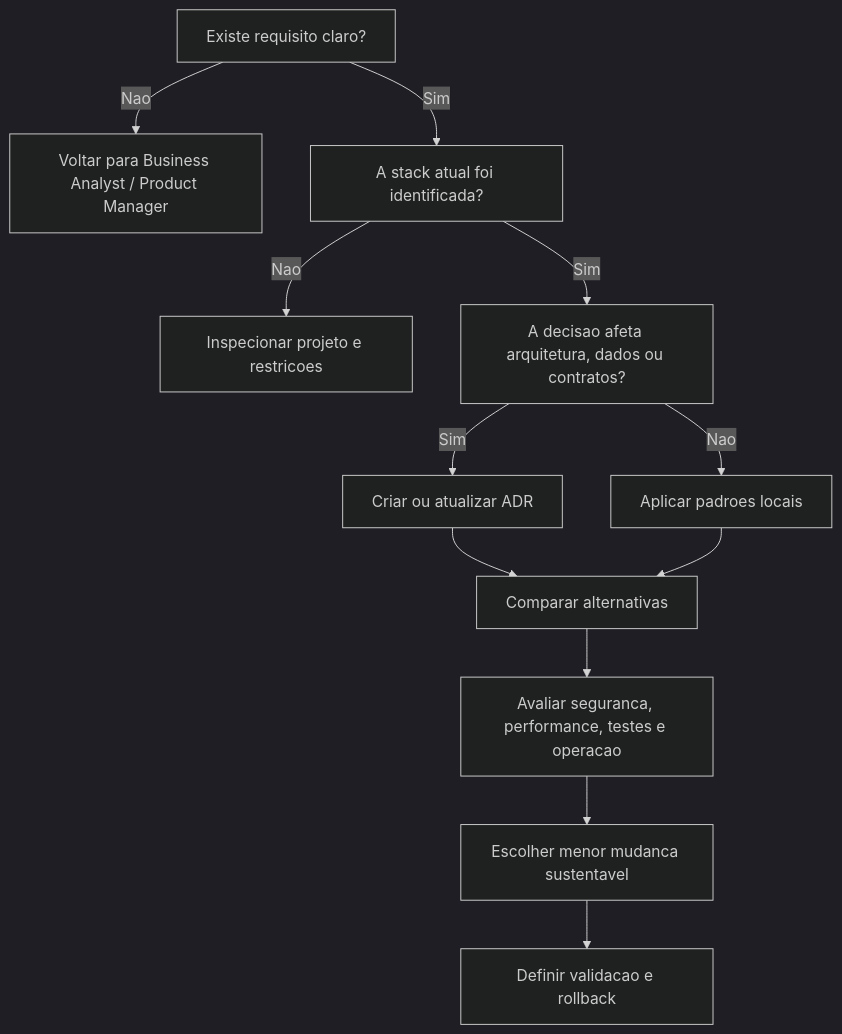
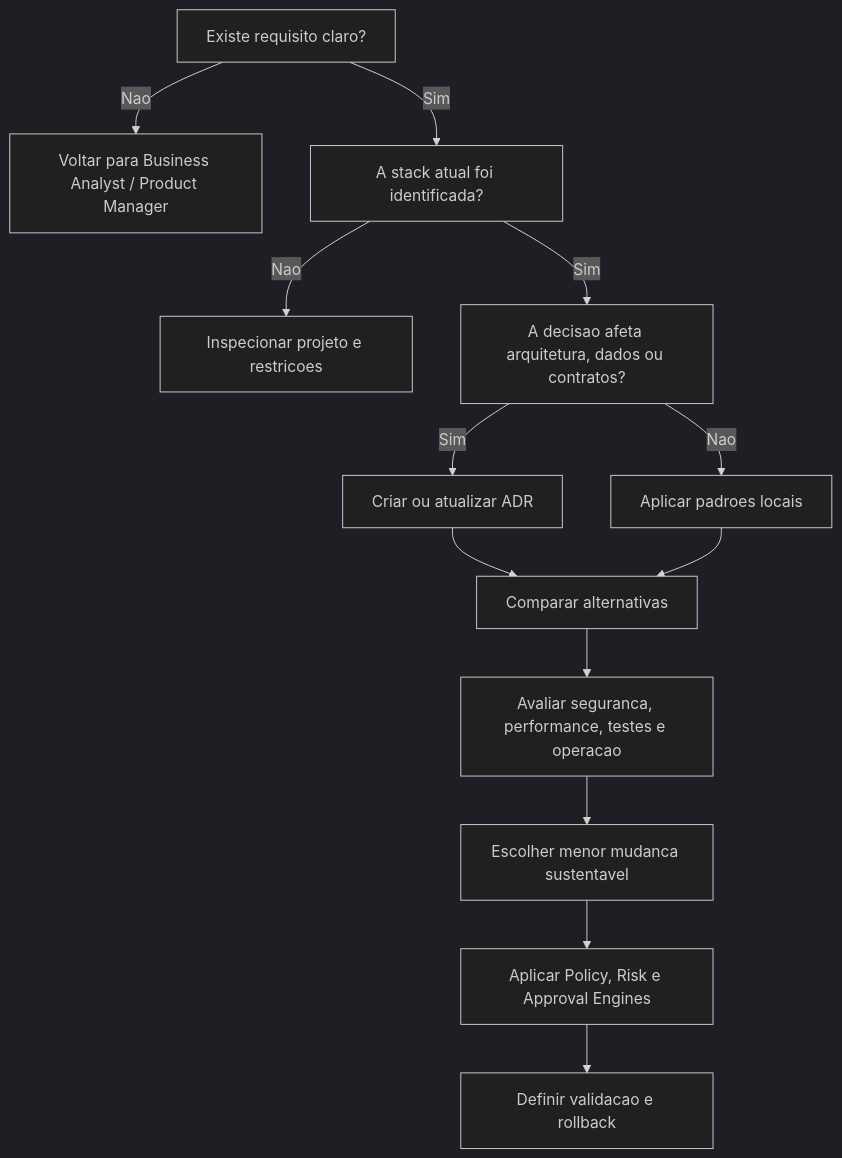
The diagram in DECISION_FRAMEWORK.md (thyags/method-ceip), drawn with Mermaid (dark theme) before and after one commit. The commit also changed other lines of this file and 181 other files, not shown here.

````diff
--- a/DECISION_FRAMEWORK.md
+++ b/DECISION_FRAMEWORK.md
@@ -21,14 +23,15 @@
 ```mermaid
 flowchart TD
     A["Existe requisito claro?"] -->|Nao| B["Voltar para Business Analyst / Product Manager"]
     A -->|Sim| C["A stack atual foi identificada?"]
     C -->|Nao| D["Inspecionar projeto e restricoes"]
     C -->|Sim| E["A decisao afeta arquitetura, dados ou contratos?"]
     E -->|Sim| F["Criar ou atualizar ADR"]
     E -->|Nao| G["Aplicar padroes locais"]
     F --> H["Comparar alternativas"]
     G --> H
     H --> I["Avaliar seguranca, performance, testes e operacao"]
     I --> J["Escolher menor mudanca sustentavel"]
-    J --> K["Definir validacao e rollback"]
+    J --> J1["Aplicar Policy, Risk e Approval Engines"]
+    J1 --> K["Definir validacao e rollback"]
 ```
````
